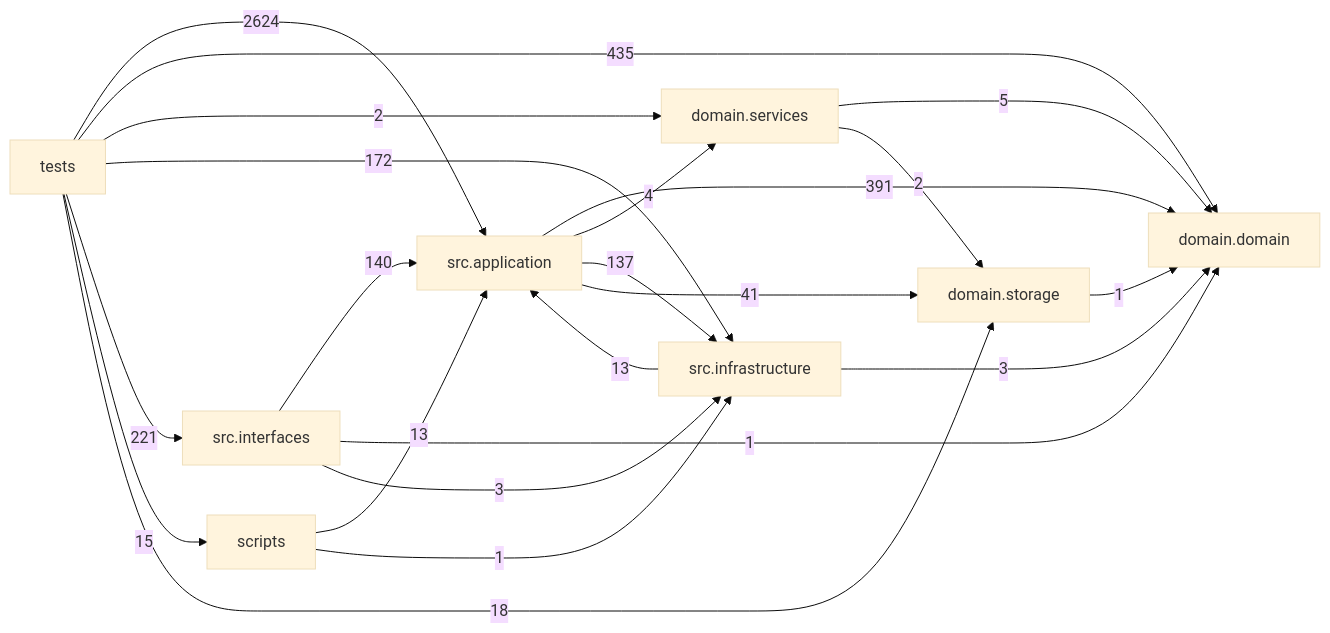
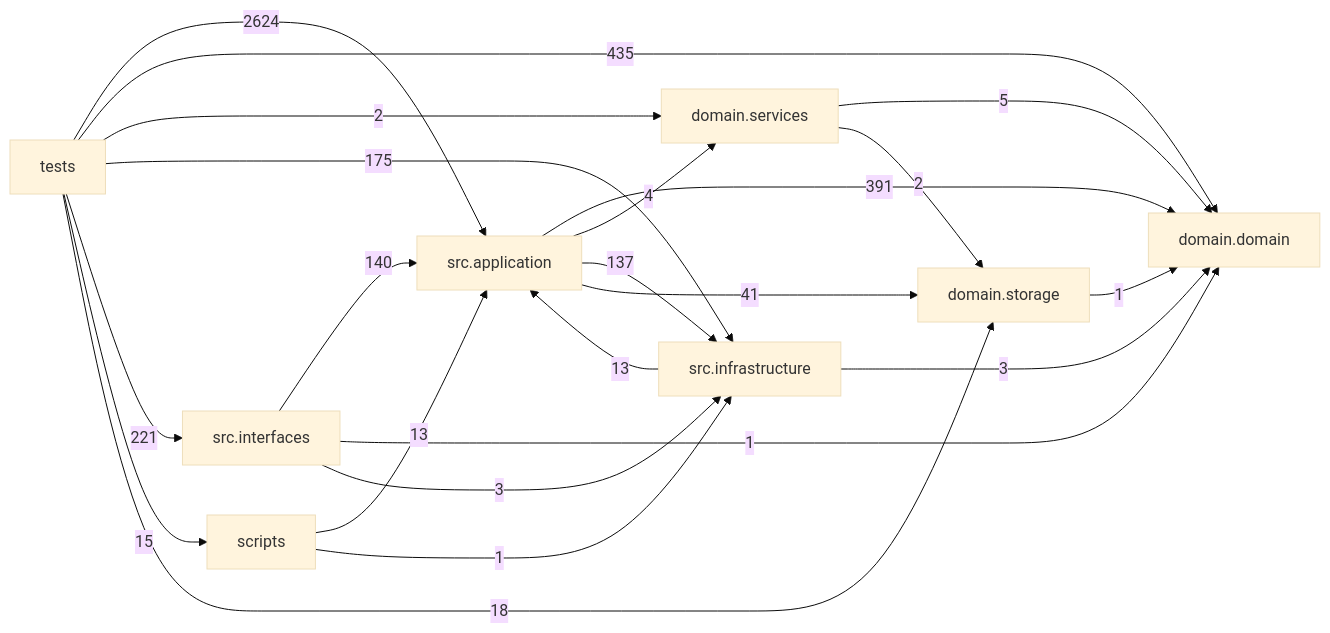
One commit to liuxie066/options-monitor changed the diagram in docs/DEPENDENCY_GRAPH.md. Above: the diagram before and after it, drawn with Mermaid (base theme). The commit also changed other lines of this file and 5 other files, not shown here.

````diff
--- a/docs/DEPENDENCY_GRAPH.md
+++ b/docs/DEPENDENCY_GRAPH.md
@@ -24,32 +24,32 @@
 ```mermaid
 flowchart LR
   tests["tests"]
   scripts["scripts"]
   interfaces["src.interfaces"]
   application["src.application"]
   infrastructure["src.infrastructure"]
   domain_services["domain.services"]
   domain["domain.domain"]
   storage["domain.storage"]
   application -->|391| domain
   application -->|4| domain_services
   application -->|137| infrastructure
   application -->|41| storage
   domain_services -->|5| domain
   domain_services -->|2| storage
   infrastructure -->|13| application
   infrastructure -->|3| domain
   interfaces -->|140| application
   interfaces -->|1| domain
   interfaces -->|3| infrastructure
   scripts -->|13| application
   scripts -->|1| infrastructure
   storage -->|1| domain
   tests -->|2624| application
   tests -->|435| domain
   tests -->|2| domain_services
-  tests -->|172| infrastructure
+  tests -->|175| infrastructure
   tests -->|221| interfaces
   tests -->|15| scripts
   tests -->|18| storage
 ```
````
